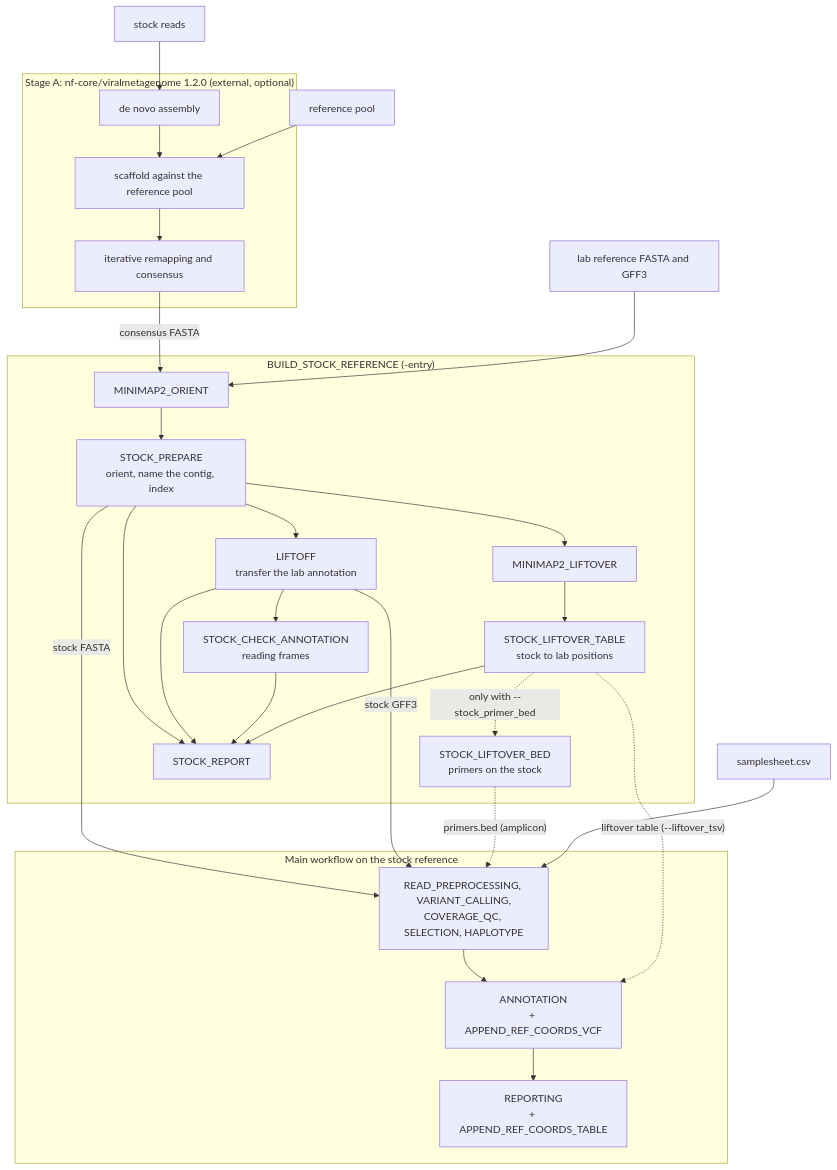
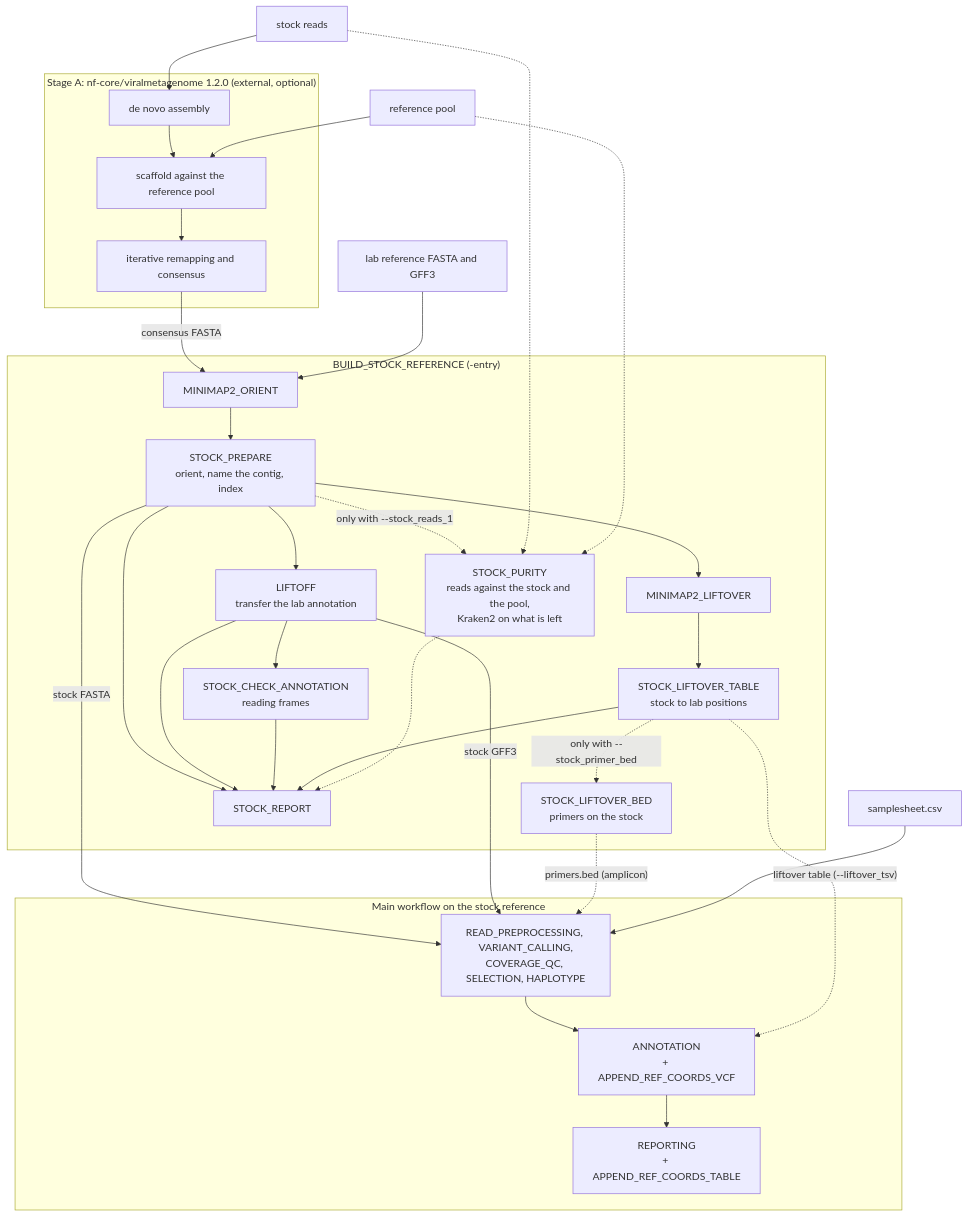
The second of 2 diagrams in ARCHITECTURE.md (aleponce4/viral-intrahost-variant-workflow), drawn with Mermaid before and after one commit. The commit also changed other lines of this file and 41 other files, not shown here.

First line of the commit message:
feat(stock): add a purity check of the stock's reads (STOCK_PURITY) (#21)

````diff
--- a/ARCHITECTURE.md
+++ b/ARCHITECTURE.md
@@ -34,27 +34,31 @@
 ```mermaid
 flowchart TD
     subgraph A["Stage A: nf-core/viralmetagenome 1.2.0 (external, optional)"]
         A1["de novo assembly"] --> A2["scaffold against the reference pool"] --> A3["iterative remapping and consensus"]
     end
     subgraph G["BUILD_STOCK_REFERENCE (-entry)"]
         G1["MINIMAP2_ORIENT"] --> G2["STOCK_PREPARE<br/>orient, name the contig, index"]
         G2 --> G3["LIFTOFF<br/>transfer the lab annotation"]
         G3 --> G4["STOCK_CHECK_ANNOTATION<br/>reading frames"]
         G2 --> G5["MINIMAP2_LIFTOVER"] --> G6["STOCK_LIFTOVER_TABLE<br/>stock to lab positions"]
         G6 -.->|"only with --stock_primer_bed"| G7["STOCK_LIFTOVER_BED<br/>primers on the stock"]
+        G2 -.->|"only with --stock_reads_1"| G9["STOCK_PURITY<br/>reads against the stock and the pool,<br/>Kraken2 on what is left"]
         G2 & G3 & G4 & G6 --> G8["STOCK_REPORT"]
+        G9 -.-> G8
     end
     subgraph M["Main workflow on the stock reference"]
         M1["READ_PREPROCESSING, VARIANT_CALLING,<br/>COVERAGE_QC, SELECTION, HAPLOTYPE"] --> M2["ANNOTATION<br/>+ APPEND_REF_COORDS_VCF"]
         M2 --> M3["REPORTING<br/>+ APPEND_REF_COORDS_TABLE"]
     end
     READS["stock reads"] --> A1
+    READS -.-> G9
     POOL["reference pool"] --> A2
+    POOL -.-> G9
     A3 -->|consensus FASTA| G1
     LAB["lab reference FASTA and GFF3"] --> G1
     G2 -->|stock FASTA| M1
     G3 -->|stock GFF3| M1
     G6 -.->|"liftover table (--liftover_tsv)"| M2
     G7 -.->|"primers.bed (amplicon)"| M1
     SAMPLES["samplesheet.csv"] --> M1
 ```
````
